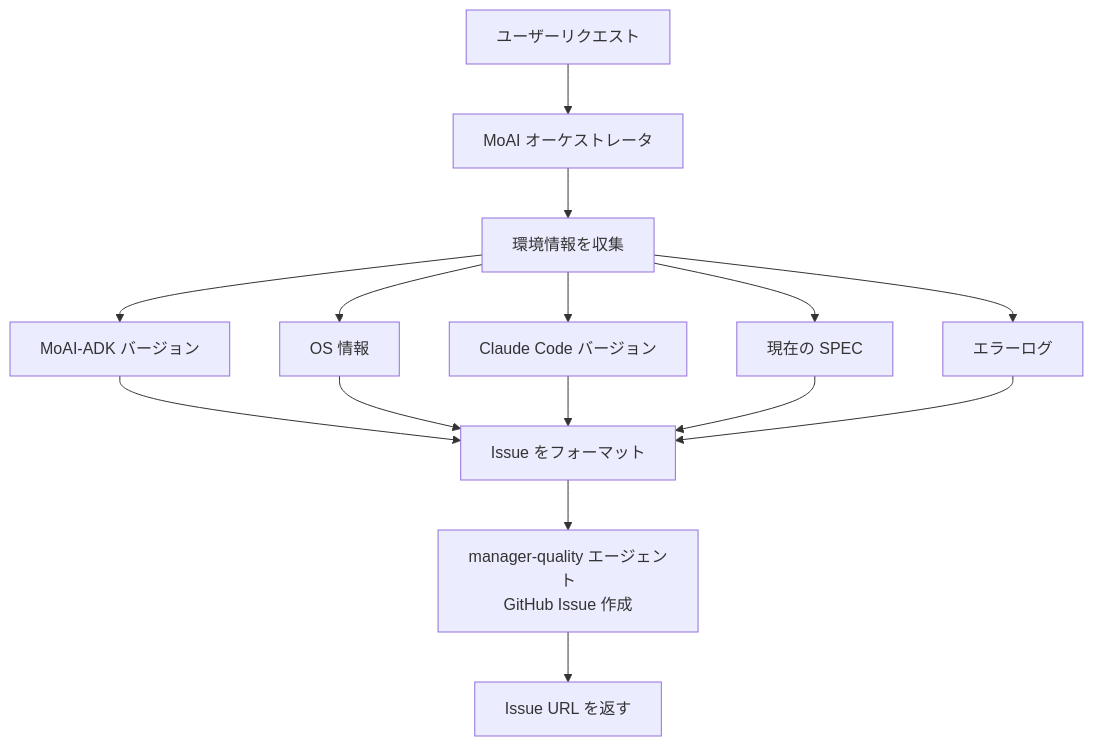
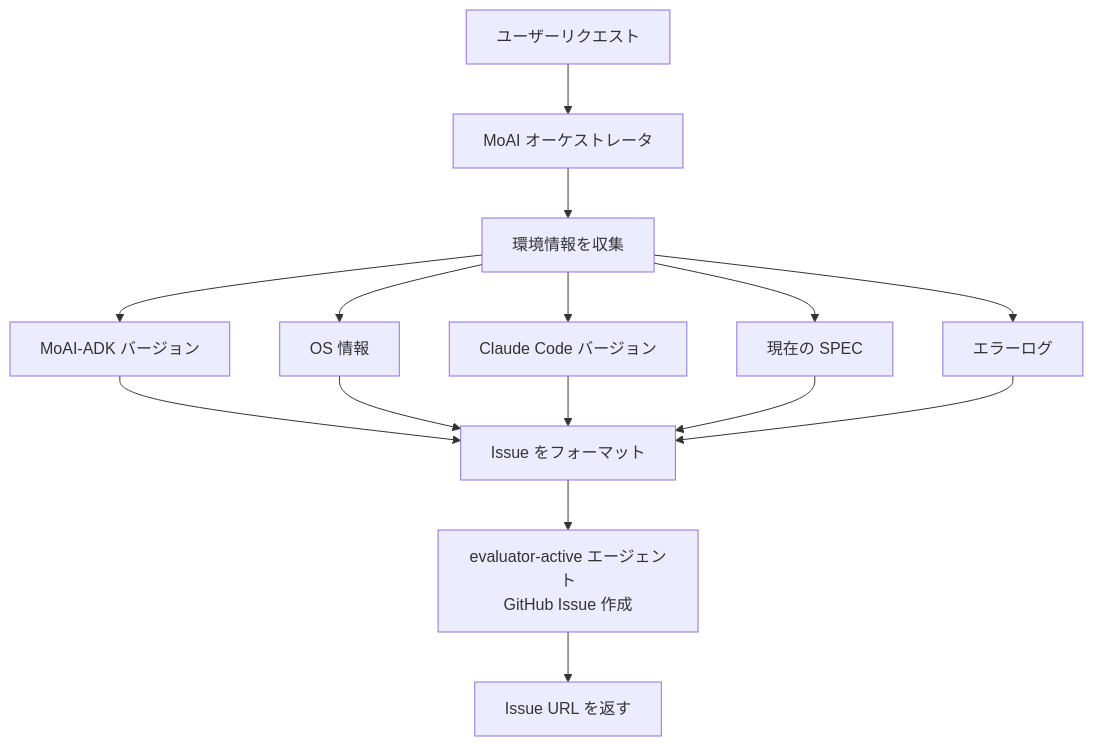
Before and after one commit to modu-ai/moai-adk: the second of 2 diagrams in docs-site/content/ja/utility-commands/moai-feedback.md, drawn with Mermaid. The commit also changed other lines of this file and 153 other files, not shown here.

````diff
--- a/docs-site/content/ja/utility-commands/moai-feedback.md
+++ b/docs-site/content/ja/utility-commands/moai-feedback.md
@@ -124,20 +124,20 @@
 ```mermaid
 flowchart TD
     User["ユーザーリクエスト"] --> Orchestrator["MoAI オーケストレータ"]
     Orchestrator --> Collect["環境情報を収集"]
 
     Collect --> Info1["MoAI-ADK バージョン"]
     Collect --> Info2["OS 情報"]
     Collect --> Info3["Claude Code バージョン"]
     Collect --> Info4["現在の SPEC"]
     Collect --> Info5["エラーログ"]
 
     Info1 --> Format["Issue をフォーマット"]
     Info2 --> Format
     Info3 --> Format
     Info4 --> Format
     Info5 --> Format
 
-    Format --> GitHub["manager-quality エージェント<br/>GitHub Issue 作成"]
+    Format --> GitHub["evaluator-active エージェント<br/>GitHub Issue 作成"]
     GitHub --> Complete["Issue URL を返す"]
 ```
````
